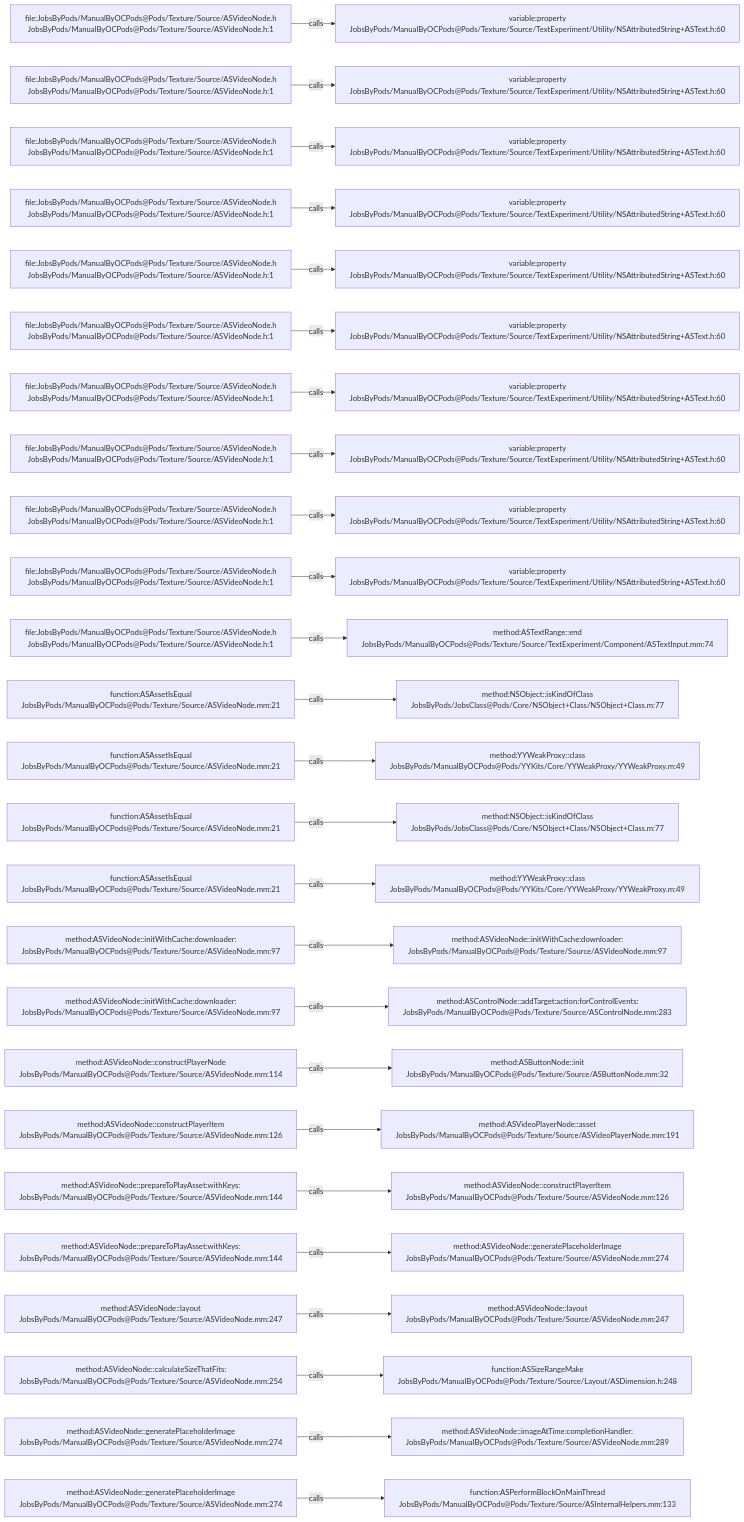
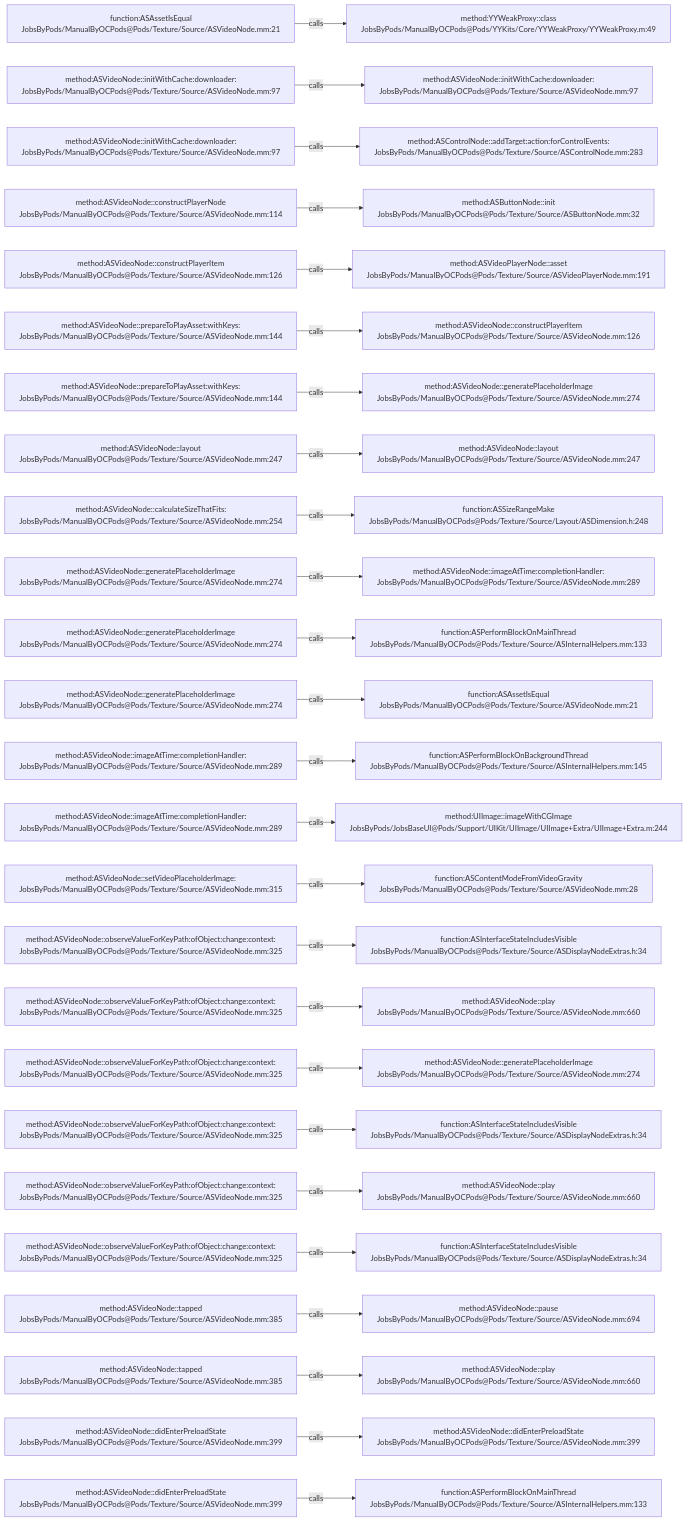
The diagram in .codegraph/codegraph.md/graphs/calls-144.md (JobsKits/JobsOCBaseConfigDemo), drawn with Mermaid before and after one commit. The commit also changed 296 other files, not shown here.

````diff
--- a/.codegraph/codegraph.md/graphs/calls-144.md
+++ b/.codegraph/codegraph.md/graphs/calls-144.md
@@ -13,78 +13,78 @@
 ```mermaid
 flowchart LR
-  S1["file:JobsByPods/ManualByOCPods@Pods/Texture/Source/ASVideoNode.h<br/>JobsByPods/ManualByOCPods@Pods/Texture/Source/ASVideoNode.h:1"]
-  T1["variable:property<br/>JobsByPods/ManualByOCPods@Pods/Texture/Source/TextExperiment/Utility/NSAttributedString+ASText.h:60"]
+  S1["function:ASAssetIsEqual<br/>JobsByPods/ManualByOCPods@Pods/Texture/Source/ASVideoNode.mm:21"]
+  T1["method:YYWeakProxy::class<br/>JobsByPods/ManualByOCPods@Pods/YYKits/Core/YYWeakProxy/YYWeakProxy.m:49"]
   S1 -->|calls| T1
-  S2["file:JobsByPods/ManualByOCPods@Pods/Texture/Source/ASVideoNode.h<br/>JobsByPods/ManualByOCPods@Pods/Texture/Source/ASVideoNode.h:1"]
-  T2["variable:property<br/>JobsByPods/ManualByOCPods@Pods/Texture/Source/TextExperiment/Utility/NSAttributedString+ASText.h:60"]
+  S2["method:ASVideoNode::initWithCache:downloader:<br/>JobsByPods/ManualByOCPods@Pods/Texture/Source/ASVideoNode.mm:97"]
+  T2["method:ASVideoNode::initWithCache:downloader:<br/>JobsByPods/ManualByOCPods@Pods/Texture/Source/ASVideoNode.mm:97"]
   S2 -->|calls| T2
-  S3["file:JobsByPods/ManualByOCPods@Pods/Texture/Source/ASVideoNode.h<br/>JobsByPods/ManualByOCPods@Pods/Texture/Source/ASVideoNode.h:1"]
-  T3["variable:property<br/>JobsByPods/ManualByOCPods@Pods/Texture/Source/TextExperiment/Utility/NSAttributedString+ASText.h:60"]
+  S3["method:ASVideoNode::initWithCache:downloader:<br/>JobsByPods/ManualByOCPods@Pods/Texture/Source/ASVideoNode.mm:97"]
+  T3["method:ASControlNode::addTarget:action:forControlEvents:<br/>JobsByPods/ManualByOCPods@Pods/Texture/Source/ASControlNode.mm:283"]
   S3 -->|calls| T3
-  S4["file:JobsByPods/ManualByOCPods@Pods/Texture/Source/ASVideoNode.h<br/>JobsByPods/ManualByOCPods@Pods/Texture/Source/ASVideoNode.h:1"]
-  T4["variable:property<br/>JobsByPods/ManualByOCPods@Pods/Texture/Source/TextExperiment/Utility/NSAttributedString+ASText.h:60"]
+  S4["method:ASVideoNode::constructPlayerNode<br/>JobsByPods/ManualByOCPods@Pods/Texture/Source/ASVideoNode.mm:114"]
+  T4["method:ASButtonNode::init<br/>JobsByPods/ManualByOCPods@Pods/Texture/Source/ASButtonNode.mm:32"]
   S4 -->|calls| T4
-  S5["file:JobsByPods/ManualByOCPods@Pods/Texture/Source/ASVideoNode.h<br/>JobsByPods/ManualByOCPods@Pods/Texture/Source/ASVideoNode.h:1"]
-  T5["variable:property<br/>JobsByPods/ManualByOCPods@Pods/Texture/Source/TextExperiment/Utility/NSAttributedString+ASText.h:60"]
+  S5["method:ASVideoNode::constructPlayerItem<br/>JobsByPods/ManualByOCPods@Pods/Texture/Source/ASVideoNode.mm:126"]
+  T5["method:ASVideoPlayerNode::asset<br/>JobsByPods/ManualByOCPods@Pods/Texture/Source/ASVideoPlayerNode.mm:191"]
   S5 -->|calls| T5
-  S6["file:JobsByPods/ManualByOCPods@Pods/Texture/Source/ASVideoNode.h<br/>JobsByPods/ManualByOCPods@Pods/Texture/Source/ASVideoNode.h:1"]
-  T6["variable:property<br/>JobsByPods/ManualByOCPods@Pods/Texture/Source/TextExperiment/Utility/NSAttributedString+ASText.h:60"]
+  S6["method:ASVideoNode::prepareToPlayAsset:withKeys:<br/>JobsByPods/ManualByOCPods@Pods/Texture/Source/ASVideoNode.mm:144"]
+  T6["method:ASVideoNode::constructPlayerItem<br/>JobsByPods/ManualByOCPods@Pods/Texture/Source/ASVideoNode.mm:126"]
   S6 -->|calls| T6
-  S7["file:JobsByPods/ManualByOCPods@Pods/Texture/Source/ASVideoNode.h<br/>JobsByPods/ManualByOCPods@Pods/Texture/Source/ASVideoNode.h:1"]
-  T7["variable:property<br/>JobsByPods/ManualByOCPods@Pods/Texture/Source/TextExperiment/Utility/NSAttributedString+ASText.h:60"]
+  S7["method:ASVideoNode::prepareToPlayAsset:withKeys:<br/>JobsByPods/ManualByOCPods@Pods/Texture/Source/ASVideoNode.mm:144"]
+  T7["method:ASVideoNode::generatePlaceholderImage<br/>JobsByPods/ManualByOCPods@Pods/Texture/Source/ASVideoNode.mm:274"]
   S7 -->|calls| T7
-  S8["file:JobsByPods/ManualByOCPods@Pods/Texture/Source/ASVideoNode.h<br/>JobsByPods/ManualByOCPods@Pods/Texture/Source/ASVideoNode.h:1"]
-  T8["variable:property<br/>JobsByPods/ManualByOCPods@Pods/Texture/Source/TextExperiment/Utility/NSAttributedString+ASText.h:60"]
+  S8["method:ASVideoNode::layout<br/>JobsByPods/ManualByOCPods@Pods/Texture/Source/ASVideoNode.mm:247"]
+  T8["method:ASVideoNode::layout<br/>JobsByPods/ManualByOCPods@Pods/Texture/Source/ASVideoNode.mm:247"]
   S8 -->|calls| T8
-  S9["file:JobsByPods/ManualByOCPods@Pods/Texture/Source/ASVideoNode.h<br/>JobsByPods/ManualByOCPods@Pods/Texture/Source/ASVideoNode.h:1"]
-  T9["variable:property<br/>JobsByPods/ManualByOCPods@Pods/Texture/Source/TextExperiment/Utility/NSAttributedString+ASText.h:60"]
+  S9["method:ASVideoNode::calculateSizeThatFits:<br/>JobsByPods/ManualByOCPods@Pods/Texture/Source/ASVideoNode.mm:254"]
+  T9["function:ASSizeRangeMake<br/>JobsByPods/ManualByOCPods@Pods/Texture/Source/Layout/ASDimension.h:248"]
   S9 -->|calls| T9
-  S10["file:JobsByPods/ManualByOCPods@Pods/Texture/Source/ASVideoNode.h<br/>JobsByPods/ManualByOCPods@Pods/Texture/Source/ASVideoNode.h:1"]
-  T10["variable:property<br/>JobsByPods/ManualByOCPods@Pods/Texture/Source/TextExperiment/Utility/NSAttributedString+ASText.h:60"]
+  S10["method:ASVideoNode::generatePlaceholderImage<br/>JobsByPods/ManualByOCPods@Pods/Texture/Source/ASVideoNode.mm:274"]
+  T10["method:ASVideoNode::imageAtTime:completionHandler:<br/>JobsByPods/ManualByOCPods@Pods/Texture/Source/ASVideoNode.mm:289"]
   S10 -->|calls| T10
-  S11["file:JobsByPods/ManualByOCPods@Pods/Texture/Source/ASVideoNode.h<br/>JobsByPods/ManualByOCPods@Pods/Texture/Source/ASVideoNode.h:1"]
-  T11["method:ASTextRange::end<br/>JobsByPods/ManualByOCPods@Pods/Texture/Source/TextExperiment/Component/ASTextInput.mm:74"]
+  S11["method:ASVideoNode::generatePlaceholderImage<br/>JobsByPods/ManualByOCPods@Pods/Texture/Source/ASVideoNode.mm:274"]
+  T11["function:ASPerformBlockOnMainThread<br/>JobsByPods/ManualByOCPods@Pods/Texture/Source/ASInternalHelpers.mm:133"]
   S11 -->|calls| T11
-  S12["function:ASAssetIsEqual<br/>JobsByPods/ManualByOCPods@Pods/Texture/Source/ASVideoNode.mm:21"]
-  T12["method:NSObject::isKindOfClass<br/>JobsByPods/JobsClass@Pods/Core/NSObject+Class/NSObject+Class.m:77"]
+  S12["method:ASVideoNode::generatePlaceholderImage<br/>JobsByPods/ManualByOCPods@Pods/Texture/Source/ASVideoNode.mm:274"]
+  T12["function:ASAssetIsEqual<br/>JobsByPods/ManualByOCPods@Pods/Texture/Source/ASVideoNode.mm:21"]
   S12 -->|calls| T12
-  S13["function:ASAssetIsEqual<br/>JobsByPods/ManualByOCPods@Pods/Texture/Source/ASVideoNode.mm:21"]
-  T13["method:YYWeakProxy::class<br/>JobsByPods/ManualByOCPods@Pods/YYKits/Core/YYWeakProxy/YYWeakProxy.m:49"]
+  S13["method:ASVideoNode::imageAtTime:completionHandler:<br/>JobsByPods/ManualByOCPods@Pods/Texture/Source/ASVideoNode.mm:289"]
+  T13["function:ASPerformBlockOnBackgroundThread<br/>JobsByPods/ManualByOCPods@Pods/Texture/Source/ASInternalHelpers.mm:145"]
   S13 -->|calls| T13
-  S14["function:ASAssetIsEqual<br/>JobsByPods/ManualByOCPods@Pods/Texture/Source/ASVideoNode.mm:21"]
-  T14["method:NSObject::isKindOfClass<br/>JobsByPods/JobsClass@Pods/Core/NSObject+Class/NSObject+Class.m:77"]
+  S14["method:ASVideoNode::imageAtTime:completionHandler:<br/>JobsByPods/ManualByOCPods@Pods/Texture/Source/ASVideoNode.mm:289"]
+  T14["method:UIImage::imageWithCGImage<br/>JobsByPods/JobsBaseUI@Pods/Support/UIKit/UIImage/UIImage+Extra/UIImage+Extra.m:244"]
   S14 -->|calls| T14
-  S15["function:ASAssetIsEqual<br/>JobsByPods/ManualByOCPods@Pods/Texture/Source/ASVideoNode.mm:21"]
-  T15["method:YYWeakProxy::class<br/>JobsByPods/ManualByOCPods@Pods/YYKits/Core/YYWeakProxy/YYWeakProxy.m:49"]
+  S15["method:ASVideoNode::setVideoPlaceholderImage:<br/>JobsByPods/ManualByOCPods@Pods/Texture/Source/ASVideoNode.mm:315"]
+  T15["function:ASContentModeFromVideoGravity<br/>JobsByPods/ManualByOCPods@Pods/Texture/Source/ASVideoNode.mm:28"]
   S15 -->|calls| T15
-  S16["method:ASVideoNode::initWithCache:downloader:<br/>JobsByPods/ManualByOCPods@Pods/Texture/Source/ASVideoNode.mm:97"]
-  T16["method:ASVideoNode::initWithCache:downloader:<br/>JobsByPods/ManualByOCPods@Pods/Texture/Source/ASVideoNode.mm:97"]
+  S16["method:ASVideoNode::observeValueForKeyPath:ofObject:change:context:<br/>JobsByPods/ManualByOCPods@Pods/Texture/Source/ASVideoNode.mm:325"]
+  T16["function:ASInterfaceStateIncludesVisible<br/>JobsByPods/ManualByOCPods@Pods/Texture/Source/ASDisplayNodeExtras.h:34"]
   S16 -->|calls| T16
-  S17["method:ASVideoNode::initWithCache:downloader:<br/>JobsByPods/ManualByOCPods@Pods/Texture/Source/ASVideoNode.mm:97"]
-  T17["method:ASControlNode::addTarget:action:forControlEvents:<br/>JobsByPods/ManualByOCPods@Pods/Texture/Source/ASControlNode.mm:283"]
+  S17["method:ASVideoNode::observeValueForKeyPath:ofObject:change:context:<br/>JobsByPods/ManualByOCPods@Pods/Texture/Source/ASVideoNode.mm:325"]
+  T17["method:ASVideoNode::play<br/>JobsByPods/ManualByOCPods@Pods/Texture/Source/ASVideoNode.mm:660"]
   S17 -->|calls| T17
-  S18["method:ASVideoNode::constructPlayerNode<br/>JobsByPods/ManualByOCPods@Pods/Texture/Source/ASVideoNode.mm:114"]
-  T18["method:ASButtonNode::init<br/>JobsByPods/ManualByOCPods@Pods/Texture/Source/ASButtonNode.mm:32"]
+  S18["method:ASVideoNode::observeValueForKeyPath:ofObject:change:context:<br/>JobsByPods/ManualByOCPods@Pods/Texture/Source/ASVideoNode.mm:325"]
+  T18["method:ASVideoNode::generatePlaceholderImage<br/>JobsByPods/ManualByOCPods@Pods/Texture/Source/ASVideoNode.mm:274"]
   S18 -->|calls| T18
-  S19["method:ASVideoNode::constructPlayerItem<br/>JobsByPods/ManualByOCPods@Pods/Texture/Source/ASVideoNode.mm:126"]
-  T19["method:ASVideoPlayerNode::asset<br/>JobsByPods/ManualByOCPods@Pods/Texture/Source/ASVideoPlayerNode.mm:191"]
+  S19["method:ASVideoNode::observeValueForKeyPath:ofObject:change:context:<br/>JobsByPods/ManualByOCPods@Pods/Texture/Source/ASVideoNode.mm:325"]
+  T19["function:ASInterfaceStateIncludesVisible<br/>JobsByPods/ManualByOCPods@Pods/Texture/Source/ASDisplayNodeExtras.h:34"]
   S19 -->|calls| T19
-  S20["method:ASVideoNode::prepareToPlayAsset:withKeys:<br/>JobsByPods/ManualByOCPods@Pods/Texture/Source/ASVideoNode.mm:144"]
-  T20["method:ASVideoNode::constructPlayerItem<br/>JobsByPods/ManualByOCPods@Pods/Texture/Source/ASVideoNode.mm:126"]
+  S20["method:ASVideoNode::observeValueForKeyPath:ofObject:change:context:<br/>JobsByPods/ManualByOCPods@Pods/Texture/Source/ASVideoNode.mm:325"]
+  T20["method:ASVideoNode::play<br/>JobsByPods/ManualByOCPods@Pods/Texture/Source/ASVideoNode.mm:660"]
   S20 -->|calls| T20
-  S21["method:ASVideoNode::prepareToPlayAsset:withKeys:<br/>JobsByPods/ManualByOCPods@Pods/Texture/Source/ASVideoNode.mm:144"]
-  T21["method:ASVideoNode::generatePlaceholderImage<br/>JobsByPods/ManualByOCPods@Pods/Texture/Source/ASVideoNode.mm:274"]
+  S21["method:ASVideoNode::observeValueForKeyPath:ofObject:change:context:<br/>JobsByPods/ManualByOCPods@Pods/Texture/Source/ASVideoNode.mm:325"]
+  T21["function:ASInterfaceStateIncludesVisible<br/>JobsByPods/ManualByOCPods@Pods/Texture/Source/ASDisplayNodeExtras.h:34"]
   S21 -->|calls| T21
-  S22["method:ASVideoNode::layout<br/>JobsByPods/ManualByOCPods@Pods/Texture/Source/ASVideoNode.mm:247"]
-  T22["method:ASVideoNode::layout<br/>JobsByPods/ManualByOCPods@Pods/Texture/Source/ASVideoNode.mm:247"]
+  S22["method:ASVideoNode::tapped<br/>JobsByPods/ManualByOCPods@Pods/Texture/Source/ASVideoNode.mm:385"]
+  T22["method:ASVideoNode::pause<br/>JobsByPods/ManualByOCPods@Pods/Texture/Source/ASVideoNode.mm:694"]
   S22 -->|calls| T22
-  S23["method:ASVideoNode::calculateSizeThatFits:<br/>JobsByPods/ManualByOCPods@Pods/Texture/Source/ASVideoNode.mm:254"]
-  T23["function:ASSizeRangeMake<br/>JobsByPods/ManualByOCPods@Pods/Texture/Source/Layout/ASDimension.h:248"]
+  S23["method:ASVideoNode::tapped<br/>JobsByPods/ManualByOCPods@Pods/Texture/Source/ASVideoNode.mm:385"]
+  T23["method:ASVideoNode::play<br/>JobsByPods/ManualByOCPods@Pods/Texture/Source/ASVideoNode.mm:660"]
   S23 -->|calls| T23
-  S24["method:ASVideoNode::generatePlaceholderImage<br/>JobsByPods/ManualByOCPods@Pods/Texture/Source/ASVideoNode.mm:274"]
-  T24["method:ASVideoNode::imageAtTime:completionHandler:<br/>JobsByPods/ManualByOCPods@Pods/Texture/Source/ASVideoNode.mm:289"]
+  S24["method:ASVideoNode::didEnterPreloadState<br/>JobsByPods/ManualByOCPods@Pods/Texture/Source/ASVideoNode.mm:399"]
+  T24["method:ASVideoNode::didEnterPreloadState<br/>JobsByPods/ManualByOCPods@Pods/Texture/Source/ASVideoNode.mm:399"]
   S24 -->|calls| T24
-  S25["method:ASVideoNode::generatePlaceholderImage<br/>JobsByPods/ManualByOCPods@Pods/Texture/Source/ASVideoNode.mm:274"]
+  S25["method:ASVideoNode::didEnterPreloadState<br/>JobsByPods/ManualByOCPods@Pods/Texture/Source/ASVideoNode.mm:399"]
   T25["function:ASPerformBlockOnMainThread<br/>JobsByPods/ManualByOCPods@Pods/Texture/Source/ASInternalHelpers.mm:133"]
   S25 -->|calls| T25
 ```
````
